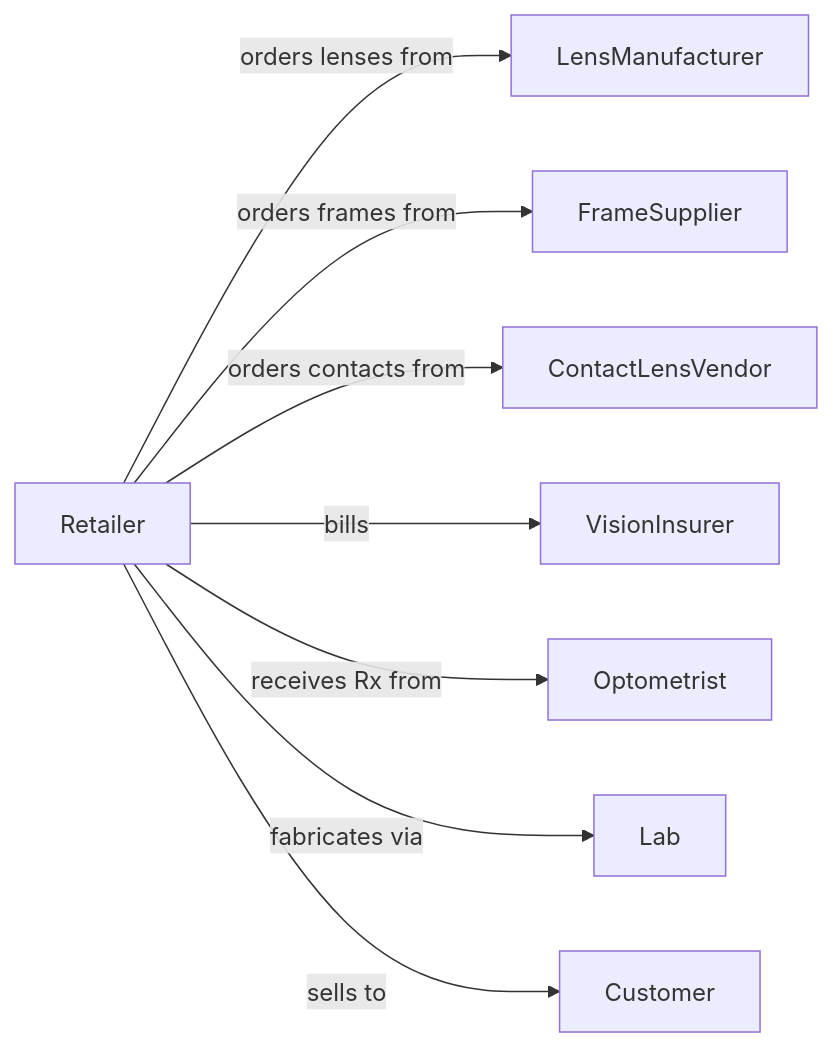
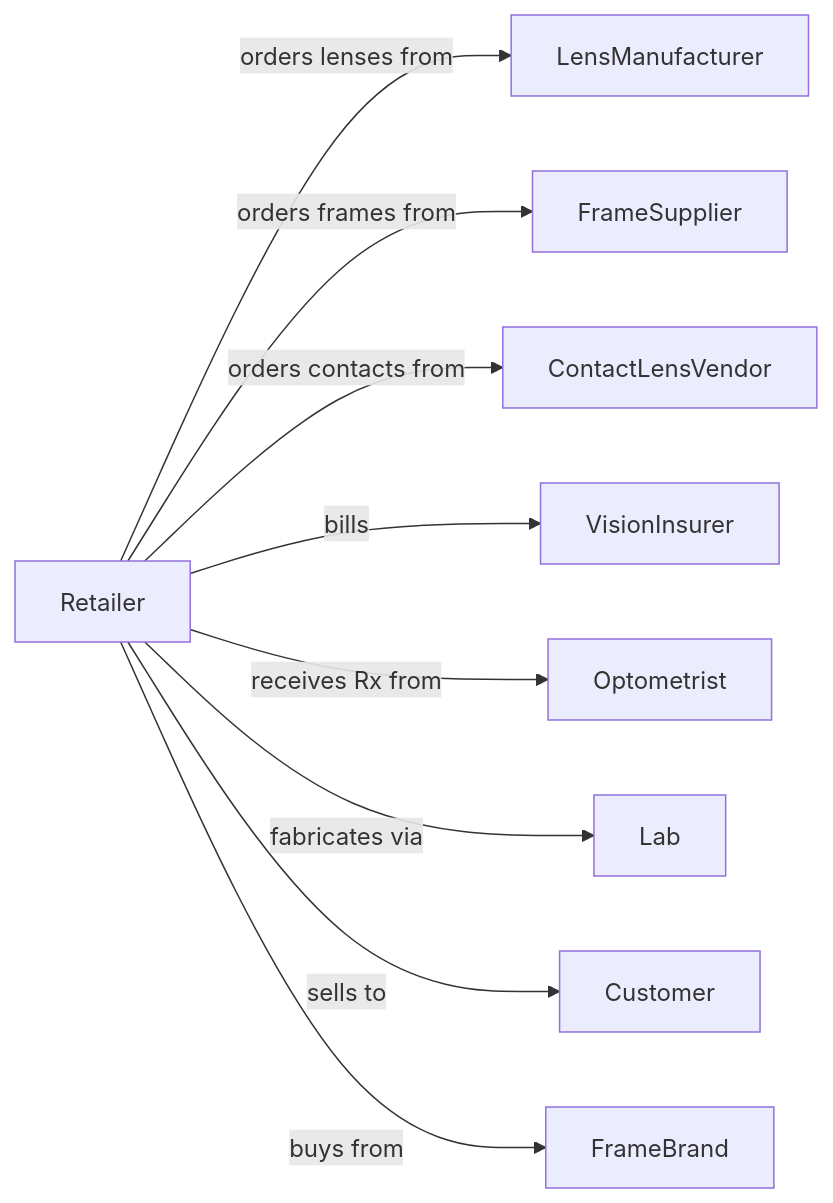
Before and after one commit to dot-org-ai/industries.org.ai: the second of 2 diagrams in RetailTrade/HealthAndPersonalCareRetailers/HealthAndPersonalCareRetailers/OpticalGoodsRetailers.mdx, drawn with Mermaid. The commit also changed 588 other files, not shown here.

````diff
--- a/RetailTrade/HealthAndPersonalCareRetailers/HealthAndPersonalCareRetailers/OpticalGoodsRetailers.mdx
+++ b/RetailTrade/HealthAndPersonalCareRetailers/HealthAndPersonalCareRetailers/OpticalGoodsRetailers.mdx
@@ -130,12 +130,13 @@
 ```mermaid
 graph LR
     R[Retailer]
 
     R -->|orders lenses from| LensManufacturer
     R -->|orders frames from| FrameSupplier
     R -->|orders contacts from| ContactLensVendor
     R -->|bills| VisionInsurer
     R -->|receives Rx from| Optometrist
     R -->|fabricates via| Lab
     R -->|sells to| Customer
+    R -->|buys from| FrameBrand
 ```
````
